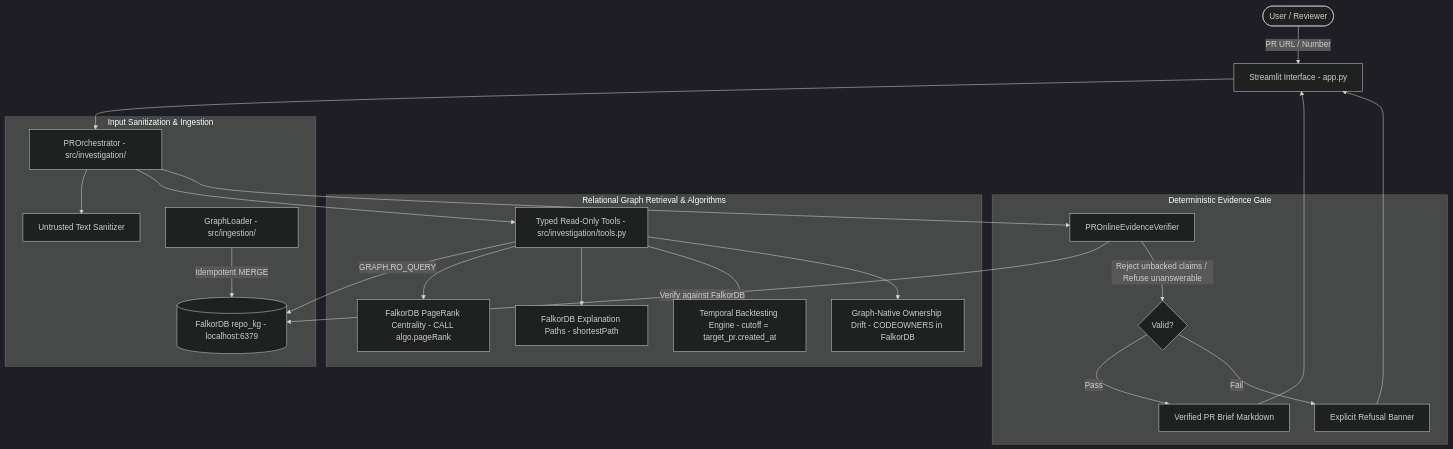
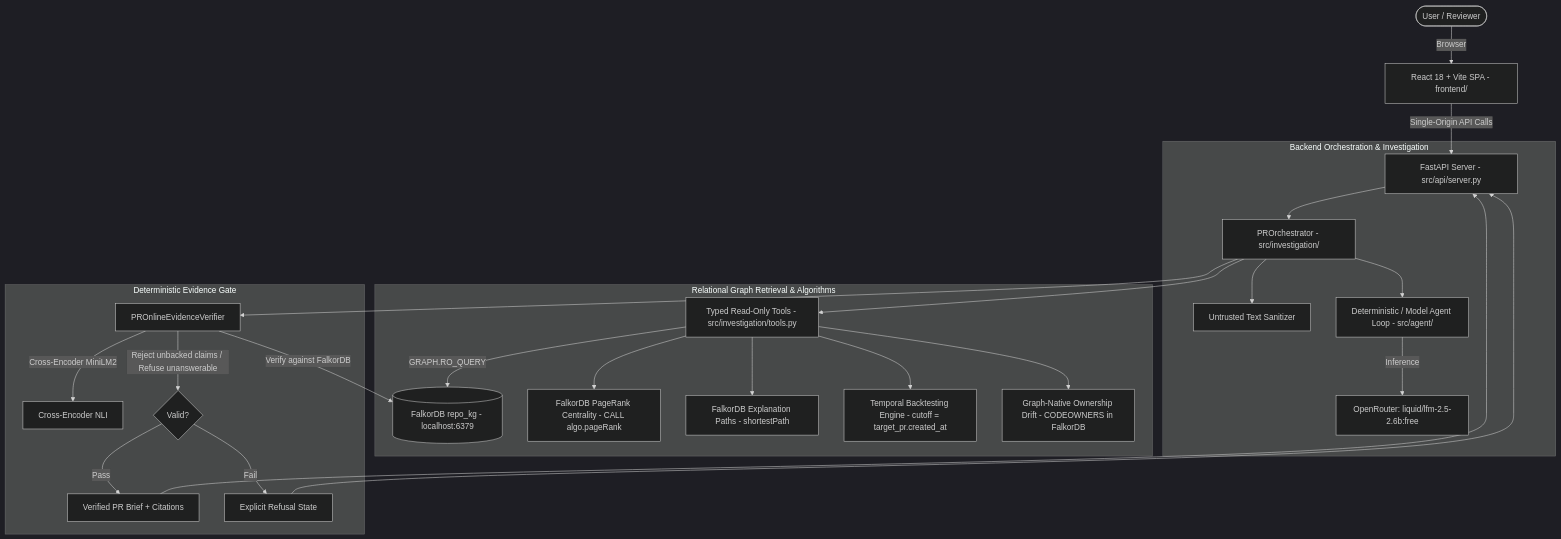
Before and after one commit to saksham-AI500/Graph_Hackathon-Company-Brain-: the first of 2 diagrams in README.md, drawn with Mermaid (dark theme). The commit also changed other lines of this file, not shown here.

Commit message:
docs: enhance README with live public demo, Stitch UI screenshots, 344 automated test metrics, and single-origin serving

````diff
--- a/README.md
+++ b/README.md
@@ -68,30 +98,33 @@
 ```mermaid
 graph TD
-    User([User / Reviewer]) -->|PR URL / Number| UI[Streamlit Interface - app.py]
-    UI --> Orchestrator[PROrchestrator - src/investigation/]
+    User([User / Reviewer]) -->|Browser| WebSPA[React 18 + Vite SPA - frontend/]
+    WebSPA -->|Single-Origin API Calls| Gateway[FastAPI Server - src/api/server.py]
 
-    subgraph Input Sanitization & Ingestion
+    subgraph Backend Orchestration & Investigation
+        Gateway --> Orchestrator[PROrchestrator - src/investigation/]
         Orchestrator --> Sanitizer[Untrusted Text Sanitizer]
-        Loader[GraphLoader - src/ingestion/] -->|Idempotent MERGE| FalkorDB[(FalkorDB repo_kg - localhost:6379)]
+        Orchestrator --> AgentLoop[Deterministic / Model Agent Loop - src/agent/]
+        AgentLoop -->|Inference| OpenRouter[OpenRouter: liquid/lfm-2.5-2.6b:free]
     end
 
     subgraph Relational Graph Retrieval & Algorithms
         Orchestrator --> Tools[Typed Read-Only Tools - src/investigation/tools.py]
-        Tools -->|GRAPH.RO_QUERY| FalkorDB
+        Tools -->|GRAPH.RO_QUERY| FalkorDB[(FalkorDB repo_kg - localhost:6379)]
         Tools --> PageRank[FalkorDB PageRank Centrality - CALL algo.pageRank]
         Tools --> ShortestPath[FalkorDB Explanation Paths - shortestPath]
         Tools --> Temporal[Temporal Backtesting Engine - cutoff = target_pr.created_at]
         Tools --> Drift[Graph-Native Ownership Drift - CODEOWNERS in FalkorDB]
     end
 
     subgraph Deterministic Evidence Gate
         Orchestrator --> Gatekeeper[PROnlineEvidenceVerifier]
         Gatekeeper -->|Verify against FalkorDB| FalkorDB
+        Gatekeeper -->|Cross-Encoder MiniLM2| LocalNLI[Cross-Encoder NLI]
         Gatekeeper -->|Reject unbacked claims / Refuse unanswerable| Decision{Valid?}
-        Decision -->|Pass| Brief[Verified PR Brief Markdown]
-        Decision -->|Fail| Refusal[Explicit Refusal Banner]
+        Decision -->|Pass| Brief[Verified PR Brief + Citations]
+        Decision -->|Fail| Refusal[Explicit Refusal State]
     end
 
-    Brief --> UI
-    Refusal --> UI
+    Brief --> Gateway
+    Refusal --> Gateway
 ```
````
